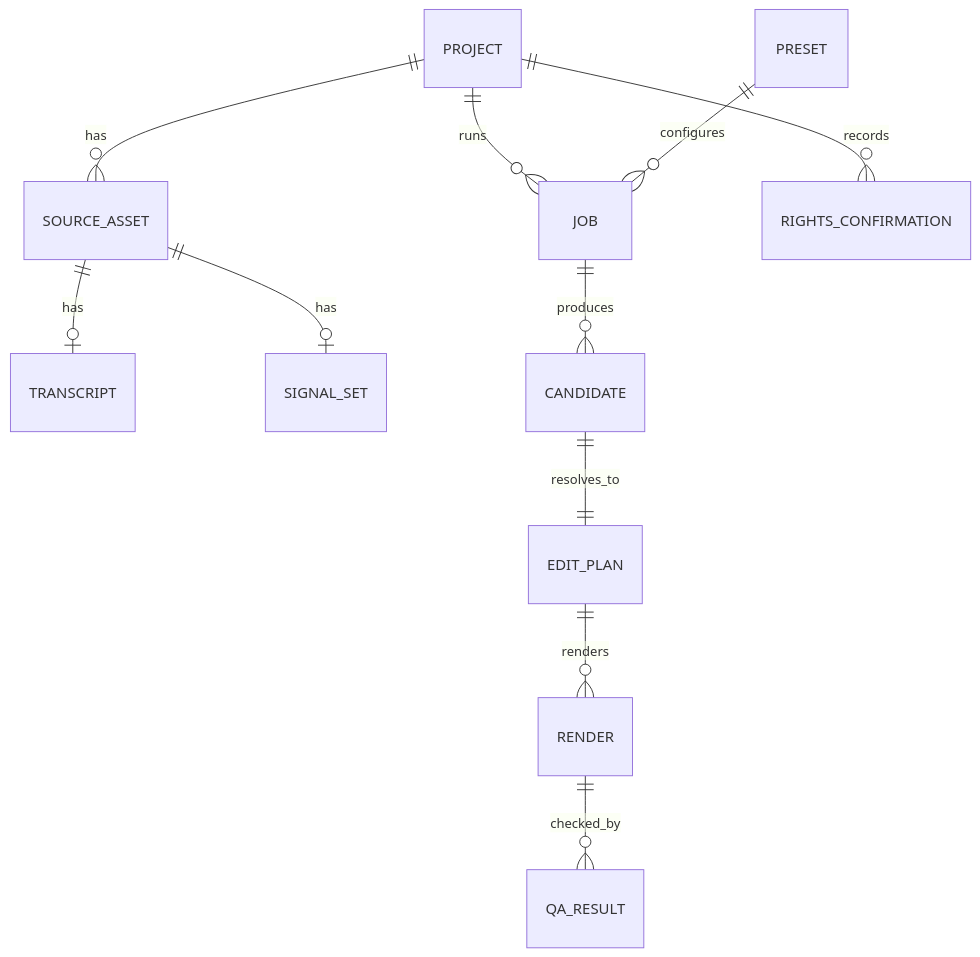
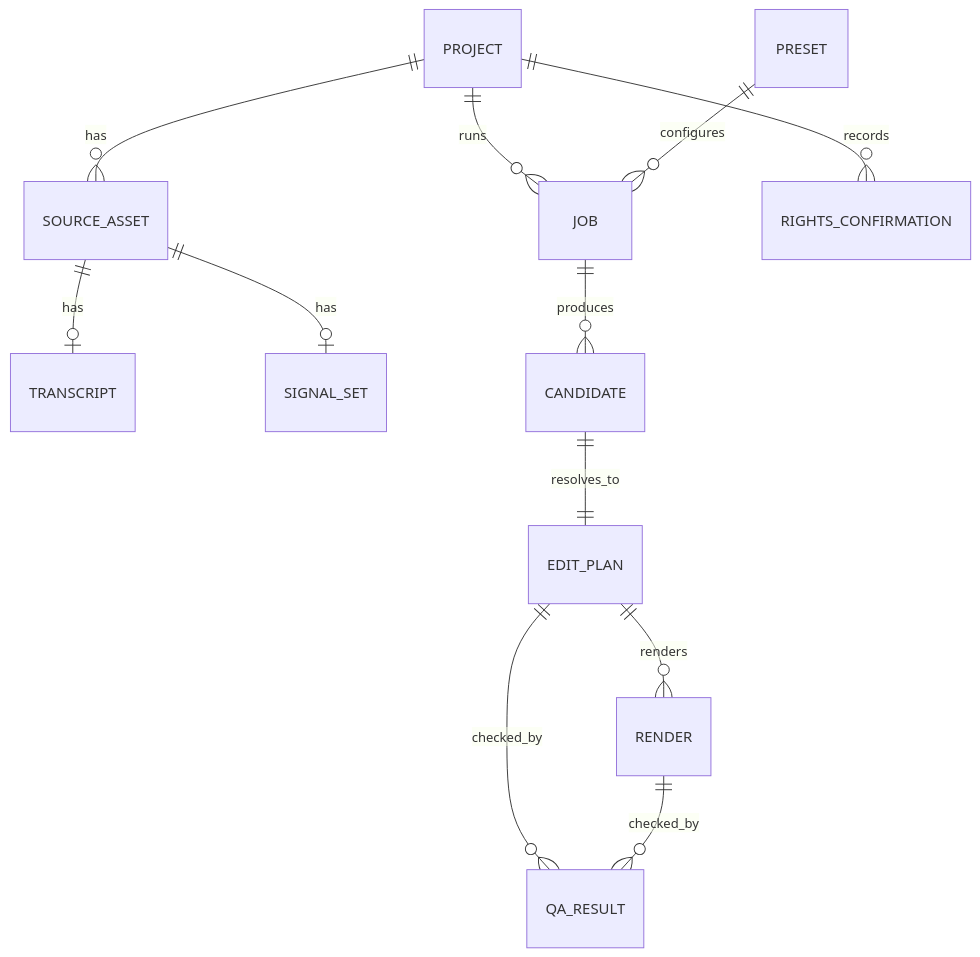
Before and after one commit to dahatake/VideoCreator: the fourth of 4 diagrams in docs/PRD.md, drawn with Mermaid. The commit also changed other lines of this file and 20 other files, not shown here.

````diff
--- a/docs/PRD.md
+++ b/docs/PRD.md
@@ -481,13 +507,14 @@
 ```mermaid
 erDiagram
   PROJECT ||--o{ SOURCE_ASSET : has
   PROJECT ||--o{ JOB : runs
   SOURCE_ASSET ||--o| TRANSCRIPT : has
   SOURCE_ASSET ||--o| SIGNAL_SET : has
   JOB ||--o{ CANDIDATE : produces
   CANDIDATE ||--|| EDIT_PLAN : resolves_to
   EDIT_PLAN ||--o{ RENDER : renders
+  EDIT_PLAN ||--o{ QA_RESULT : checked_by
   RENDER ||--o{ QA_RESULT : checked_by
   PRESET ||--o{ JOB : configures
   PROJECT ||--o{ RIGHTS_CONFIRMATION : records
 ```
````
